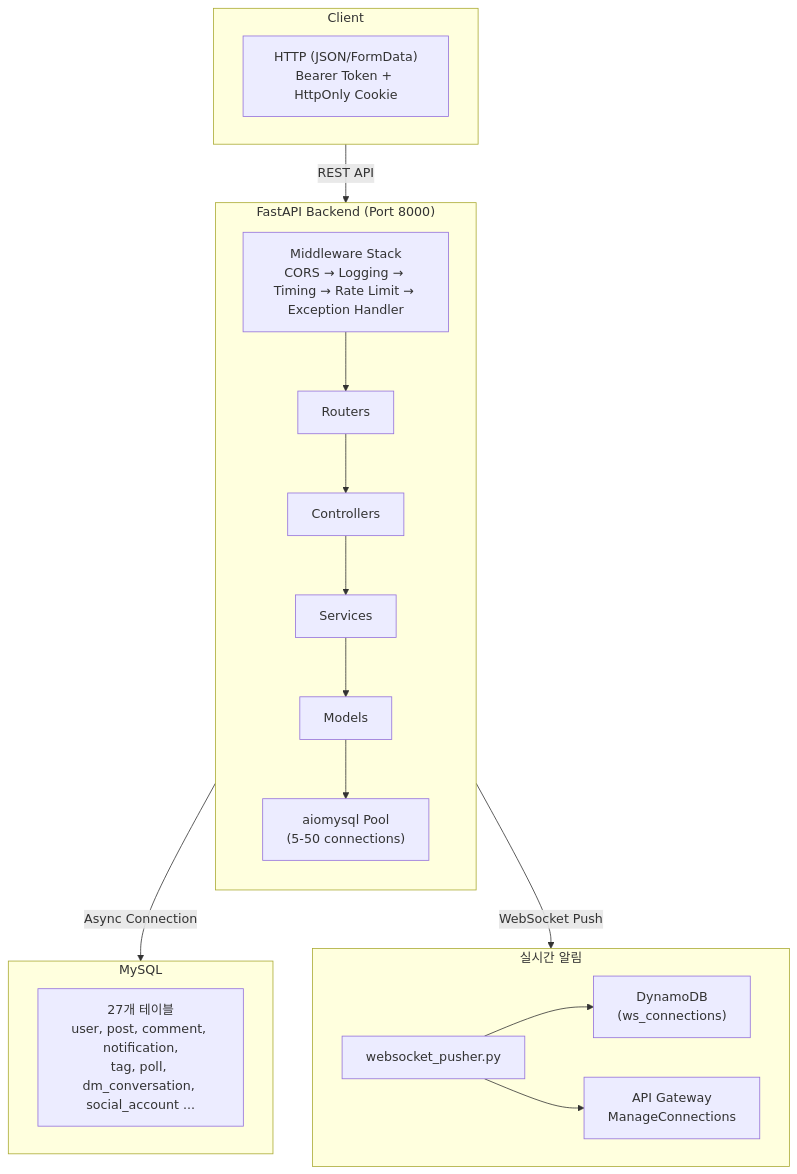
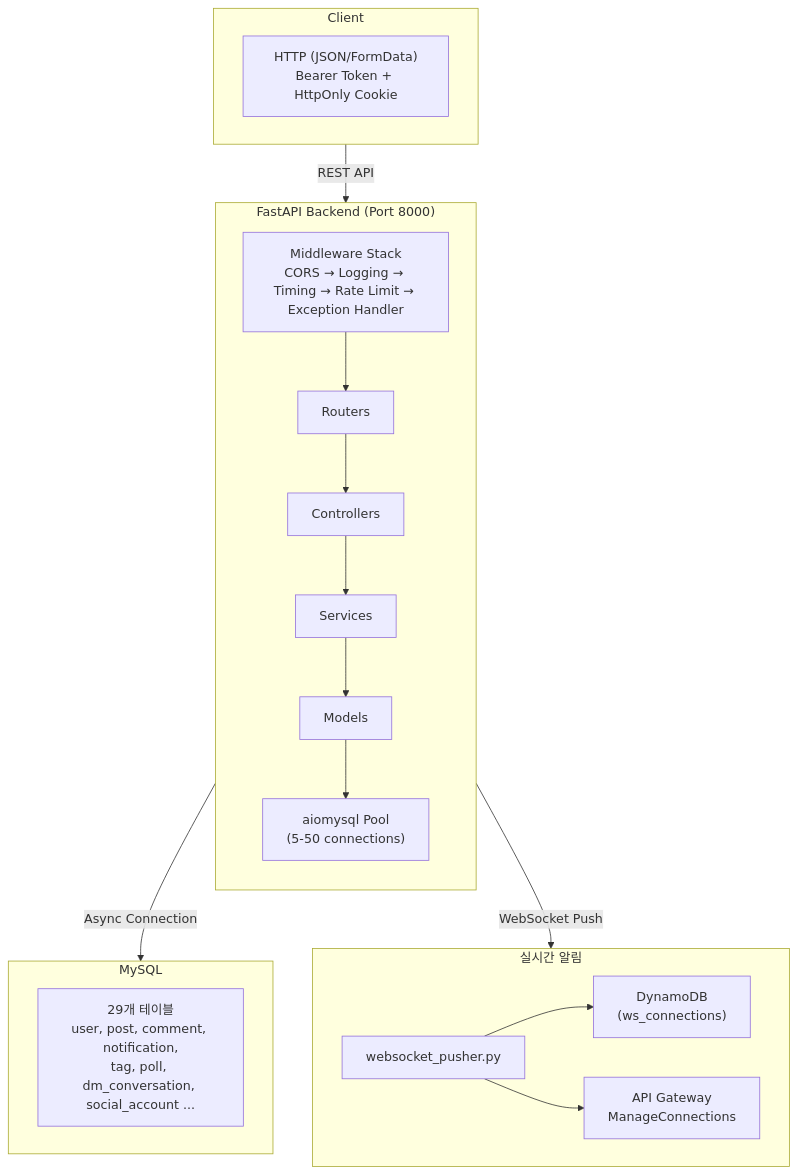
One commit to 80-hours-a-week/2-cho-community-be changed the first of 5 diagrams in README.md. Above: the diagram before and after it, drawn with Mermaid. The commit also changed other lines of this file and 2 other files, not shown here.

````diff
--- a/README.md
+++ b/README.md
@@ -22,32 +23,32 @@
 ```mermaid
 flowchart TD
     subgraph Client["Client"]
         FE["HTTP (JSON/FormData)<br/>Bearer Token + HttpOnly Cookie"]
     end
 
     Client -->|"REST API"| Backend
 
     subgraph Backend["FastAPI Backend (Port 8000)"]
         direction TB
         MW["Middleware Stack<br/>CORS → Logging → Timing → Rate Limit → Exception Handler"]
         MW --> Routers
         Routers --> Controllers
         Controllers --> Services
         Services --> Models
         Models --> Pool["aiomysql Pool<br/>(5-50 connections)"]
     end
 
     Backend -->|"Async Connection"| DB
 
     subgraph DB["MySQL"]
-        Tables["27개 테이블<br/>user, post, comment, notification,<br/>tag, poll, dm_conversation, social_account ..."]
+        Tables["29개 테이블<br/>user, post, comment, notification,<br/>tag, poll, dm_conversation, social_account ..."]
     end
 
     Backend -->|"WebSocket Push"| WS
 
     subgraph WS["실시간 알림"]
         Pusher["websocket_pusher.py"]
         Pusher --> DynamoDB["DynamoDB<br/>(ws_connections)"]
         Pusher --> APIGW["API Gateway<br/>ManageConnections"]
     end
 ```
````
